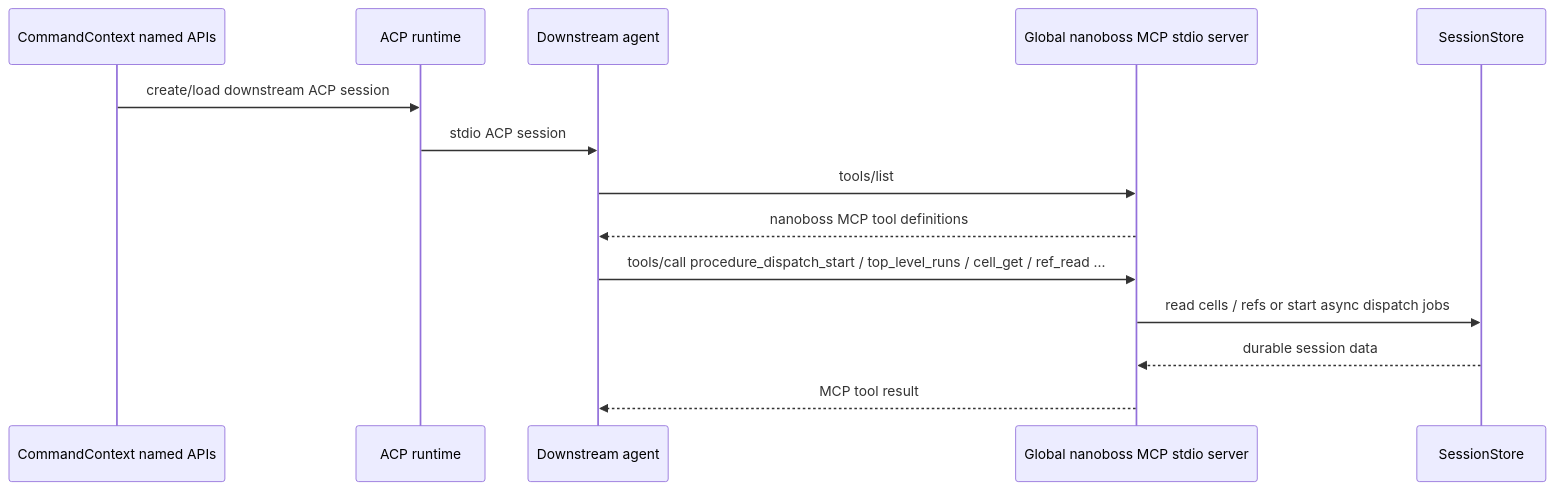
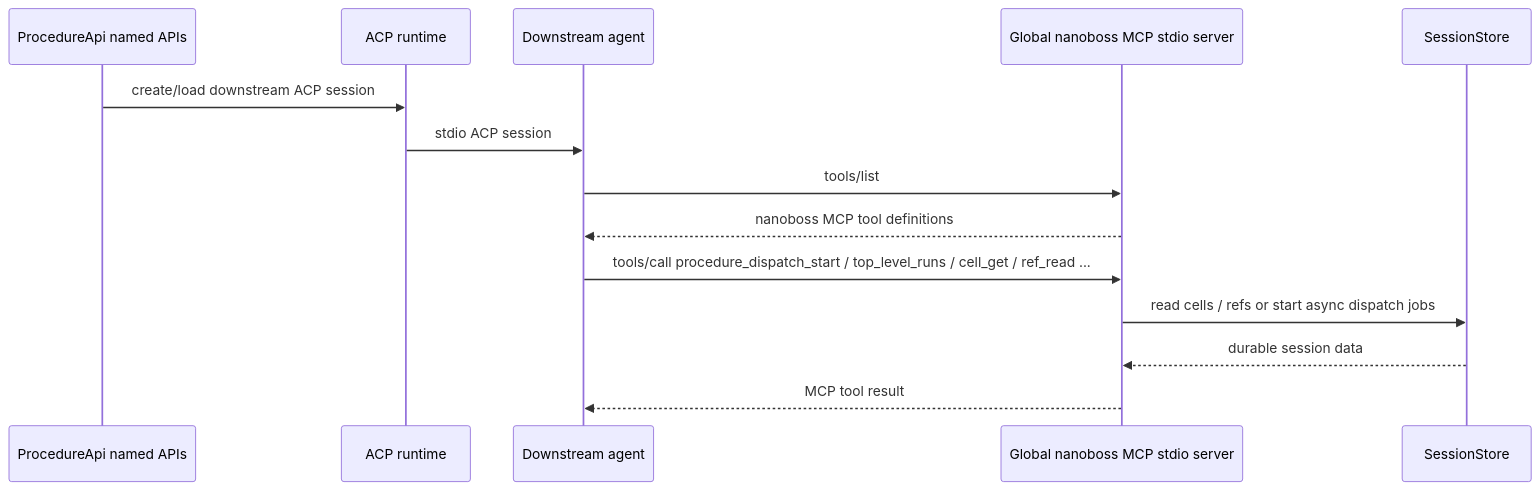
Before and after one commit to jflam/nanoboss: the fifth of 5 diagrams in docs/architecture.md, drawn with Mermaid. The commit also changed other lines of this file, not shown here.

First line of the commit message:
Update architecture.md to reflect ProcedureApi migration

````diff
--- a/docs/architecture.md
+++ b/docs/architecture.md
@@ -187,19 +192,19 @@
 ```mermaid
 sequenceDiagram
-  participant Ctx as CommandContext named APIs
+  participant Ctx as ProcedureApi named APIs
   participant ACP as ACP runtime
   participant Agent as Downstream agent
   participant MCP as Global nanoboss MCP stdio server
   participant Store as SessionStore
 
   Ctx->>ACP: create/load downstream ACP session
   ACP->>Agent: stdio ACP session
 
   Agent->>MCP: tools/list
   MCP-->>Agent: nanoboss MCP tool definitions
 
   Agent->>MCP: tools/call procedure_dispatch_start / top_level_runs / cell_get / ref_read ...
   MCP->>Store: read cells / refs or start async dispatch jobs
   Store-->>MCP: durable session data
   MCP-->>Agent: MCP tool result
 ```
````
